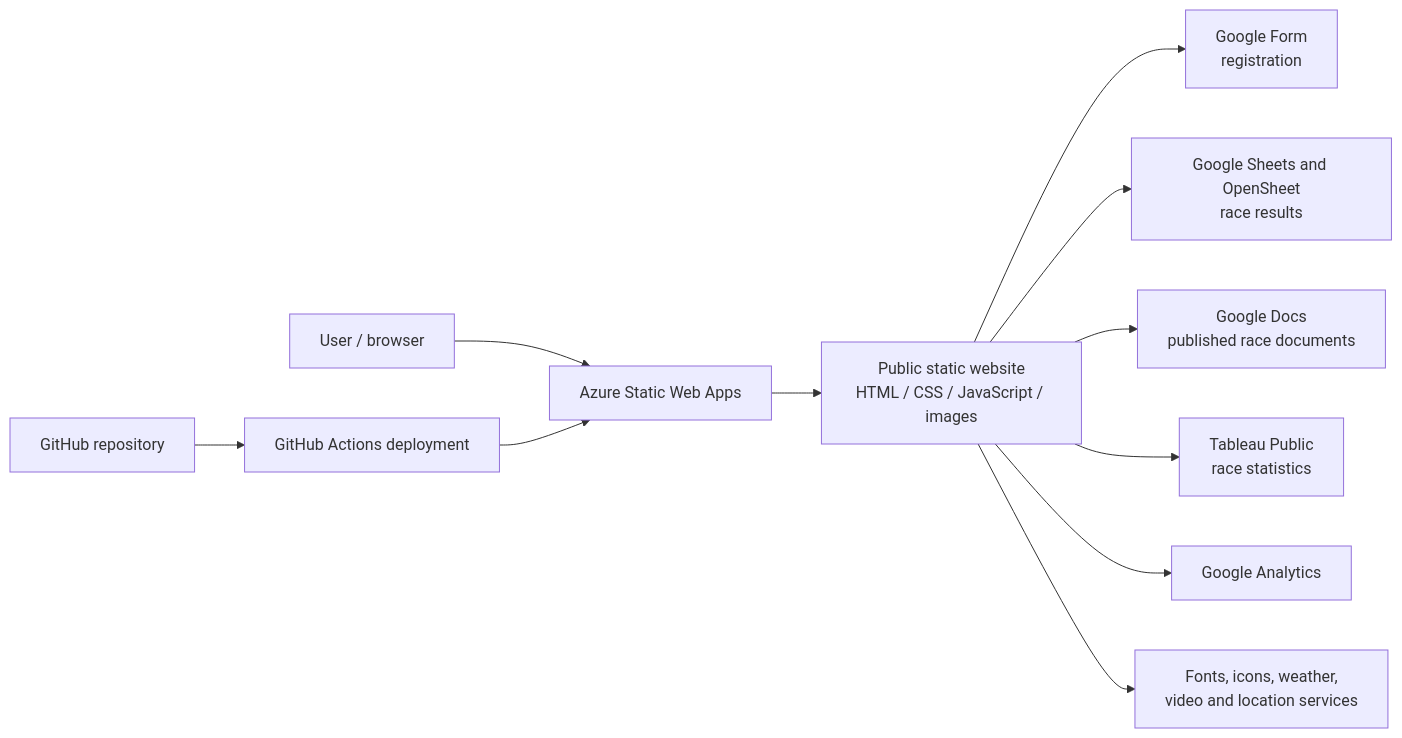
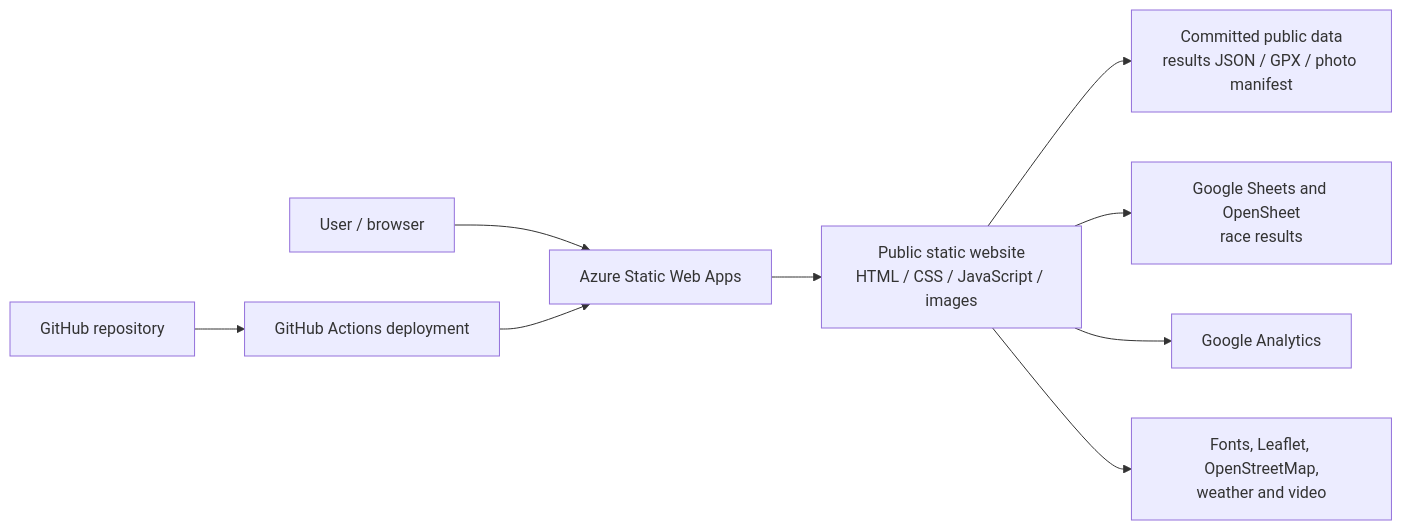
One commit to sickwrangler/blorengefellrace changed the diagram in docs/architecture.md. Above: the diagram before and after it, drawn with Mermaid. The commit also changed other lines of this file and 39 other files, not shown here.

````diff
--- a/docs/architecture.md
+++ b/docs/architecture.md
@@ -7,23 +7,19 @@
 ```mermaid
 flowchart LR
     U[User / browser]
     SITE[Public static website<br/>HTML / CSS / JavaScript / images]
+    DATA[Committed public data<br/>results JSON / GPX / photo manifest]
     AZ[Azure Static Web Apps]
     GH[GitHub repository]
     GA[GitHub Actions deployment]
-    FORM[Google Form<br/>registration]
     RESULTS[Google Sheets and OpenSheet<br/>race results]
-    DOCS[Google Docs<br/>published race documents]
-    TAB[Tableau Public<br/>race statistics]
     ANALYTICS[Google Analytics]
-    MEDIA[Fonts, icons, weather,<br/>video and location services]
+    MEDIA[Fonts, Leaflet, OpenStreetMap,<br/>weather and video]
 
     U --> AZ --> SITE
     GH --> GA --> AZ
-    SITE --> FORM
+    SITE --> DATA
     SITE --> RESULTS
-    SITE --> DOCS
-    SITE --> TAB
     SITE --> ANALYTICS
     SITE --> MEDIA
 ```
````
